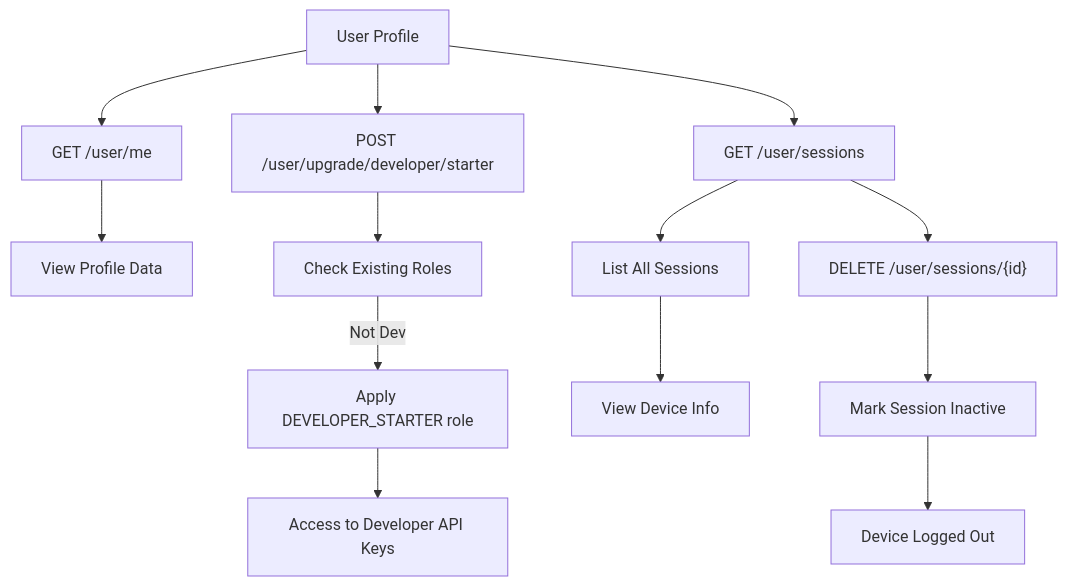
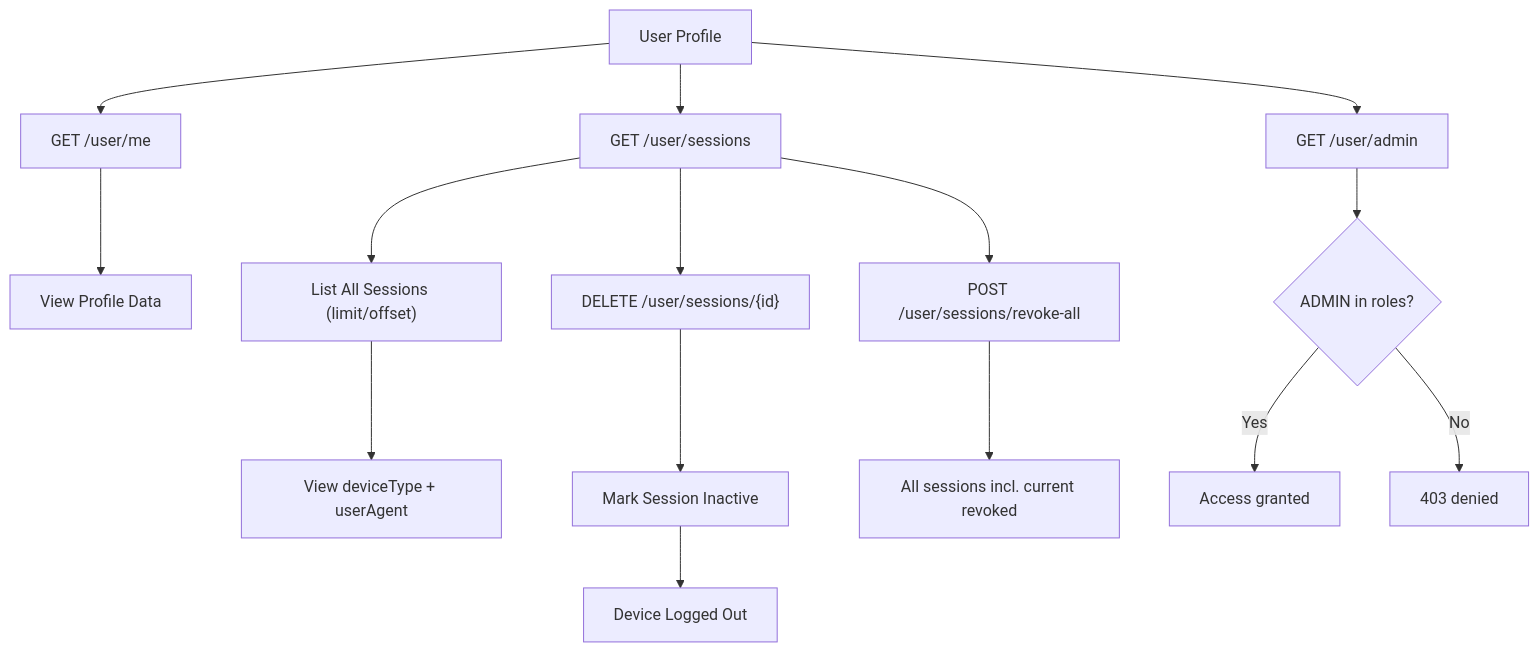
One commit to mansa-team/server changed the diagram in docs/user.md. Above: the diagram before and after it, drawn with Mermaid. The commit also changed other lines of this file and 1 other file, not shown here.

Commit message:
rewrite auth and user docs to match code

````diff
--- a/docs/user.md
+++ b/docs/user.md
@@ -158,18 +141,21 @@
 ```mermaid
 graph TD
     User["User Profile"] --> Me["GET /user/me"]
     Me --> View["View Profile Data"]
-    
-    User --> Upgrade["POST /user/upgrade/developer/starter"]
-    Upgrade --> Verify["Check Existing Roles"]
-    Verify -- Not Dev --> Apply["Apply DEVELOPER_STARTER role"]
-    Apply --> Success["Access to Developer API Keys"]
-    
+
     User --> Sessions["GET /user/sessions"]
-    Sessions --> ListSessions["List All Sessions"]
-    ListSessions --> ViewDevice["View Device Info"]
-    
+    Sessions --> ListSessions["List All Sessions (limit/offset)"]
+    ListSessions --> ViewDevice["View deviceType + userAgent"]
+
     Sessions --> Revoke["DELETE /user/sessions/{id}"]
     Revoke --> MarkInactive["Mark Session Inactive"]
     MarkInactive --> LoggedOut["Device Logged Out"]
+
+    Sessions --> RevokeAll["POST /user/sessions/revoke-all"]
+    RevokeAll --> AllOut["All sessions incl. current revoked"]
+
+    User --> Admin["GET /user/admin"]
+    Admin --> Check{"ADMIN in roles?"}
+    Check -- Yes --> Granted["Access granted"]
+    Check -- No --> Denied["403 denied"]
 ```
````
